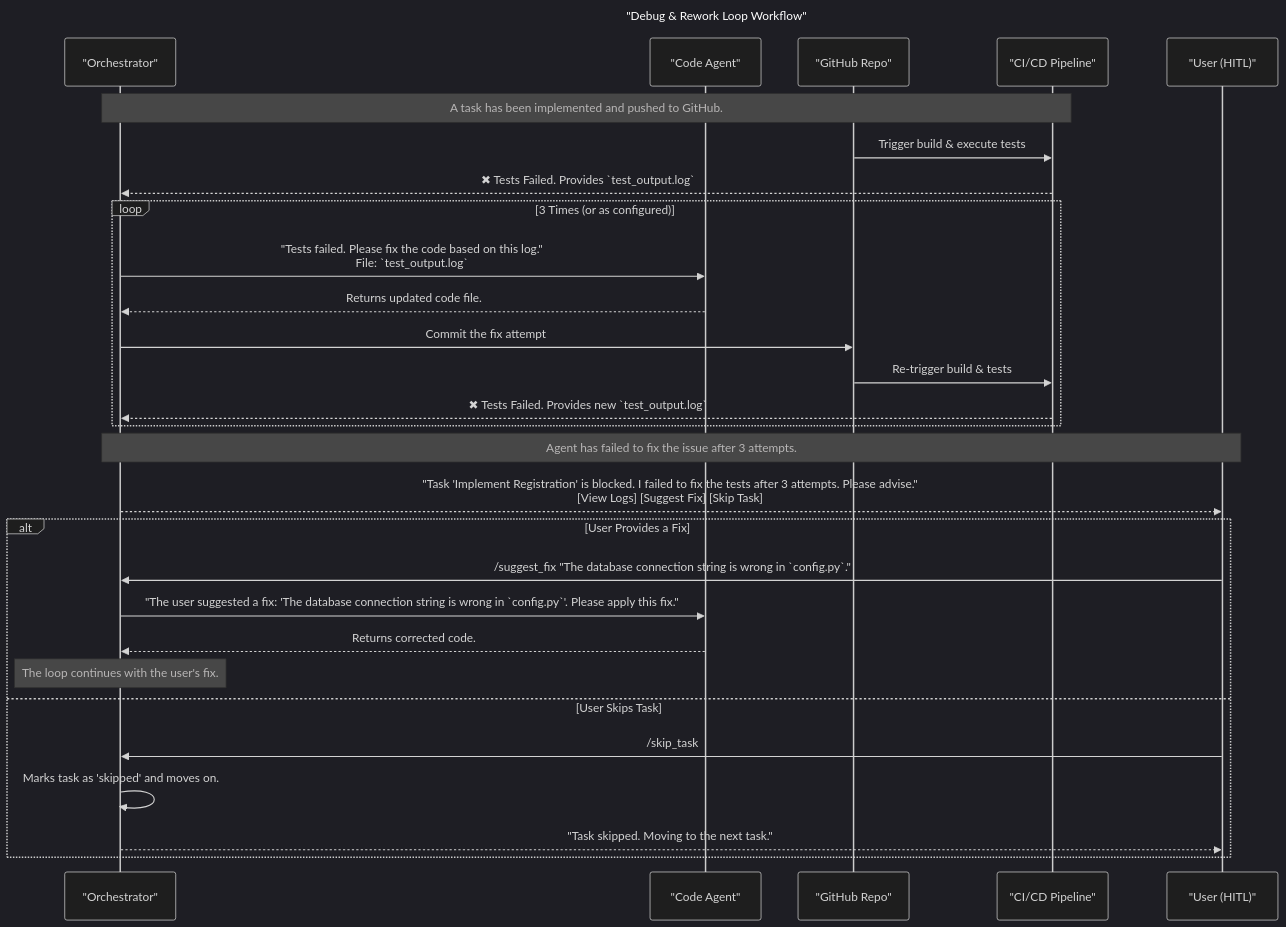
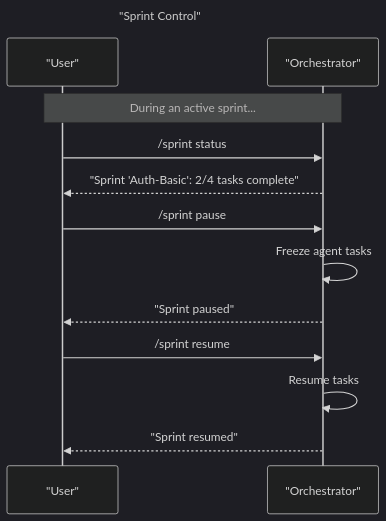
The third of 4 diagrams in sequence_diagram.md (jmontp/agent-workflow), drawn with Mermaid before and after one commit. The commit also changed other lines of this file and 4 other files, not shown here.

Commit message:
Refactor HITL commands and sequence diagrams for research mode, and fix Mermaid syntax

````diff
--- a/sequence_diagram.md
+++ b/sequence_diagram.md
@@ -122,37 +97,21 @@
 ```mermaid
-%%{init: {'theme': 'dark', 'themeVariables': { 'primaryColor': '#42a5f5', 'mainBkg': '#1e1e1e', 'textColor': '#ffffff'}}}%%
+%%{init: {'theme': 'dark'}}%%
 sequenceDiagram
-    title "Debug & Rework Loop Workflow"
-    
+    title "Sprint Control"
+
+    participant U as "User"
     participant BOT as "Orchestrator"
-    participant Code_Agent as "Code Agent"
-    participant GH as "GitHub Repo"
-    participant CI as "CI/CD Pipeline"
-    participant U as "User (HITL)"
 
-    note over BOT, CI: A task has been implemented and pushed to GitHub.
-    GH->>CI: Trigger build & execute tests
-    CI-->>BOT: ✖ Tests Failed. Provides `test_output.log`
+    Note over U,BOT: During an active sprint...
 
-    loop 3 Times (or as configured)
-        BOT->>Code_Agent: "Tests failed. Please fix the code based on this log."<br/>File: `test_output.log`
-        Code_Agent-->>BOT: Returns updated code file.
-        BOT->>GH: Commit the fix attempt
-        GH->>CI: Re-trigger build & tests
-        CI-->>BOT: ✖ Tests Failed. Provides new `test_output.log`
-    end
-    
-    Note over BOT, U: Agent has failed to fix the issue after 3 attempts.
-    BOT-->>U: "Task 'Implement Registration' is blocked. I failed to fix the tests after 3 attempts. Please advise."<br/>[View Logs] [Suggest Fix] [Skip Task]
-    
-    alt User Provides a Fix
-        U->>BOT: /suggest_fix "The database connection string is wrong in `config.py`."
-        BOT->>Code_Agent: "The user suggested a fix: 'The database connection string is wrong in `config.py`'. Please apply this fix."
-        Code_Agent-->>BOT: Returns corrected code.
-        note over BOT: The loop continues with the user's fix.
-    else User Skips Task
-        U->>BOT: /skip_task
-        BOT->>BOT: Marks task as 'skipped' and moves on.
-        BOT-->>U: "Task skipped. Moving to the next task."
-    end
+    U->>BOT: /sprint status
+    BOT-->>U: "Sprint 'Auth-Basic': 2/4 tasks complete"
+
+    U->>BOT: /sprint pause
+    BOT->>BOT: Freeze agent tasks
+    BOT-->>U: "Sprint paused"
+
+    U->>BOT: /sprint resume
+    BOT->>BOT: Resume tasks
+    BOT-->>U: "Sprint resumed"
 ```
````
